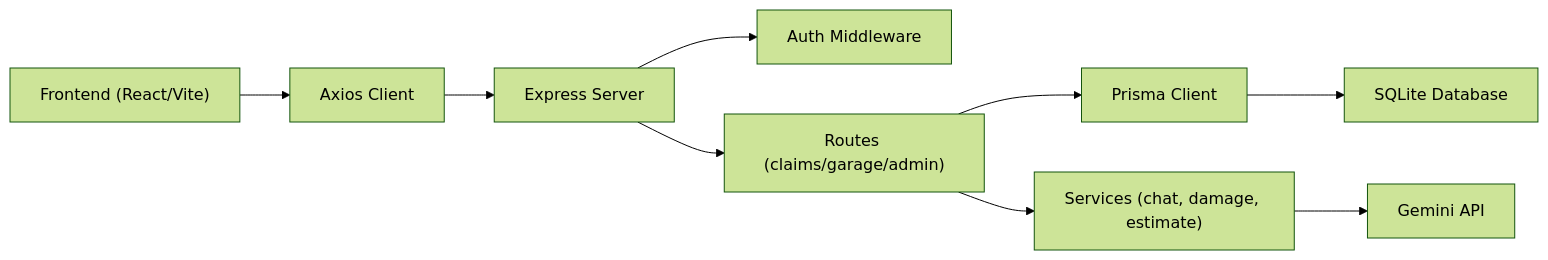
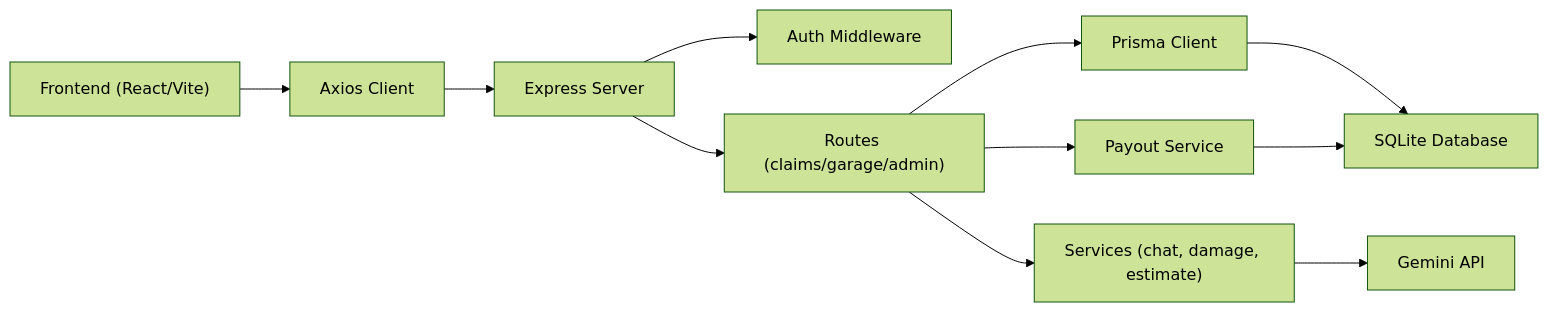
Before and after one commit to NaveenHiranya/Smart-Vehicle-Insurance-Claim-System: the tenth of 10 diagrams in .qoder/repowiki/en/content/Backend Documentation/Garage Management System.md, drawn with Mermaid (forest theme). The commit also changed other lines of this file and 38 other files, not shown here.

````diff
--- a/.qoder/repowiki/en/content/Backend Documentation/Garage Management System.md
+++ b/.qoder/repowiki/en/content/Backend Documentation/Garage Management System.md
@@ -410,11 +513,13 @@
 ```mermaid
 graph LR
 FE["Frontend (React/Vite)"] --> API["Axios Client"]
 API --> BE["Express Server"]
 BE --> MW["Auth Middleware"]
 BE --> RT["Routes (claims/garage/admin)"]
 RT --> PR["Prisma Client"]
 RT --> SV["Services (chat, damage, estimate)"]
 SV --> AI["Gemini API"]
 PR --> DB["SQLite Database"]
+RT --> PS["Payout Service"]
+PS --> DB
 ```
````
